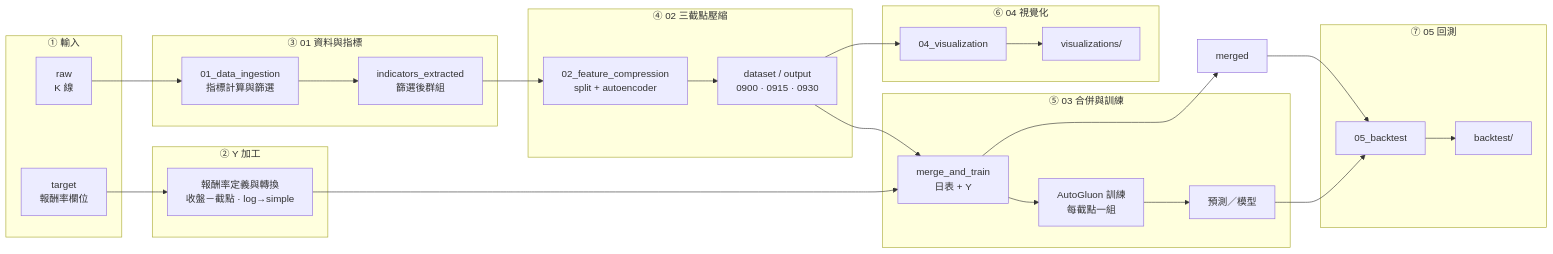
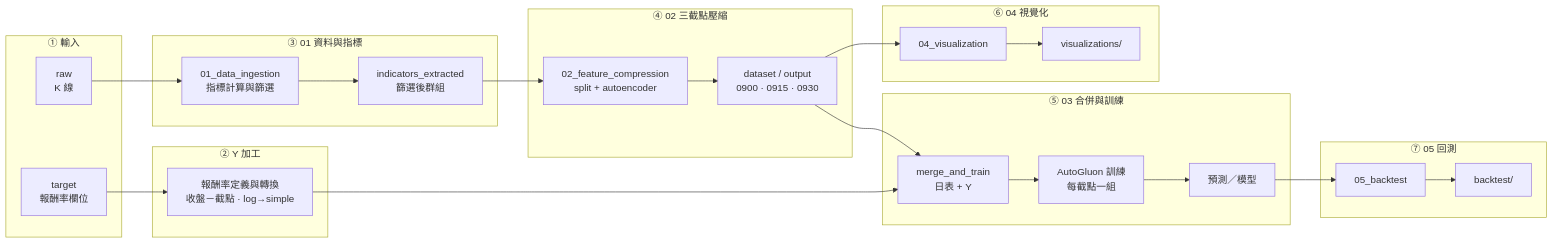
The diagram in README.md (jameslee1218/Thesis-AutoGluon-TXF-Research), drawn with Mermaid before and after one commit.

Commit message:
README-進行流程圖與資料結構修改

````diff
--- a/README.md
+++ b/README.md
@@ -11,53 +11,50 @@
 ```mermaid
 flowchart LR
     subgraph S1["① 輸入"]
         raw["raw<br/>K 線"]
         target["target<br/>報酬率欄位"]
     end
 
     subgraph S2["② Y 加工"]
         y_proc["報酬率定義與轉換<br/>收盤－截點 · log→simple"]
     end
 
     subgraph S3["③ 01 資料與指標"]
         m01["01_data_ingestion<br/>指標計算與篩選"]
         extr["indicators_extracted<br/>篩選後群組"]
     end
 
     subgraph S4["④ 02 三截點壓縮"]
         m02["02_feature_compression<br/>split + autoencoder"]
         out3["dataset / output<br/>0900 · 0915 · 0930"]
     end
 
     subgraph S5["⑤ 03 合併與訓練"]
         merge["merge_and_train<br/>日表 + Y"]
         ag["AutoGluon 訓練<br/>每截點一組"]
         pred["預測／模型"]
     end
 
     subgraph S6["⑥ 04 視覺化"]
         viz["04_visualization"]
         vis["visualizations/"]
     end
 
     subgraph S7["⑦ 05 回測"]
         bt["05_backtest"]
         bto["backtest/"]
     end
 
     raw --> m01
     m01 --> extr
     target --> y_proc
     y_proc --> merge
     extr --> m02
     m02 --> out3
     out3 --> merge
     out3 --> viz
-    merge --> merged
-    merge --> ag
-    ag --> pred
+    merge --> ag --> pred
     pred --> bt
-    merged --> bt
     bt --> bto
     viz --> vis
 ```
````
